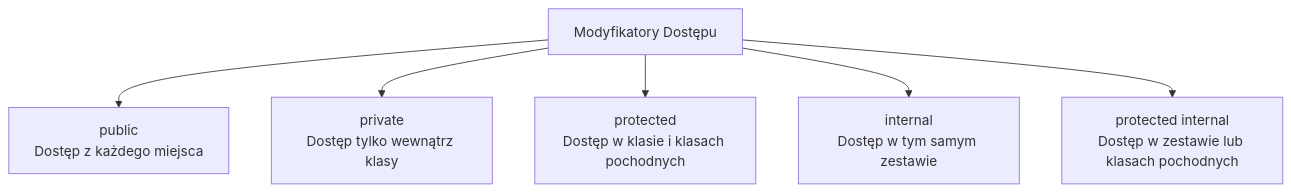
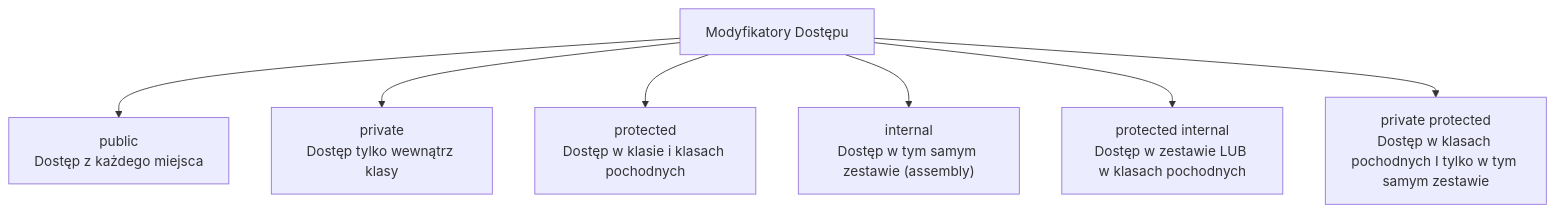
The diagram in src/01-klasy/_05_access_modifiers/README.md (tborzyszkowski/csharp-programming), drawn with Mermaid before and after one commit. The commit also changed other lines of this file and 74 other files, not shown here.

````diff
--- a/src/01-klasy/_05_access_modifiers/README.md
+++ b/src/01-klasy/_05_access_modifiers/README.md
@@ -34,9 +34,10 @@
 ```mermaid
 graph TB
     A["Modyfikatory Dostępu"]
     A --> B["public<br/>Dostęp z każdego miejsca"]
     A --> C["private<br/>Dostęp tylko wewnątrz klasy"]
     A --> D["protected<br/>Dostęp w klasie i klasach pochodnych"]
-    A --> E["internal<br/>Dostęp w tym samym zestawie"]
-    A --> F["protected internal<br/>Dostęp w zestawie lub klasach pochodnych"]
+    A --> E["internal<br/>Dostęp w tym samym zestawie (assembly)"]
+    A --> F["protected internal<br/>Dostęp w zestawie LUB w klasach pochodnych"]
+    A --> G["private protected<br/>Dostęp w klasach pochodnych I tylko w tym samym zestawie"]
 ```
````
